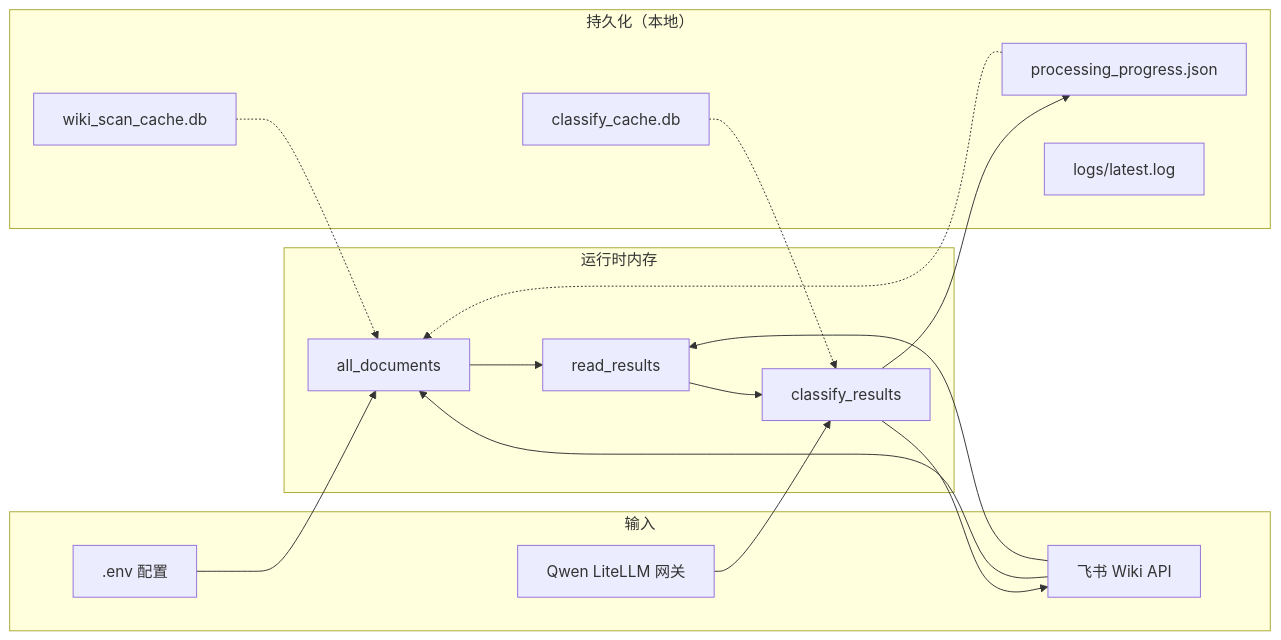
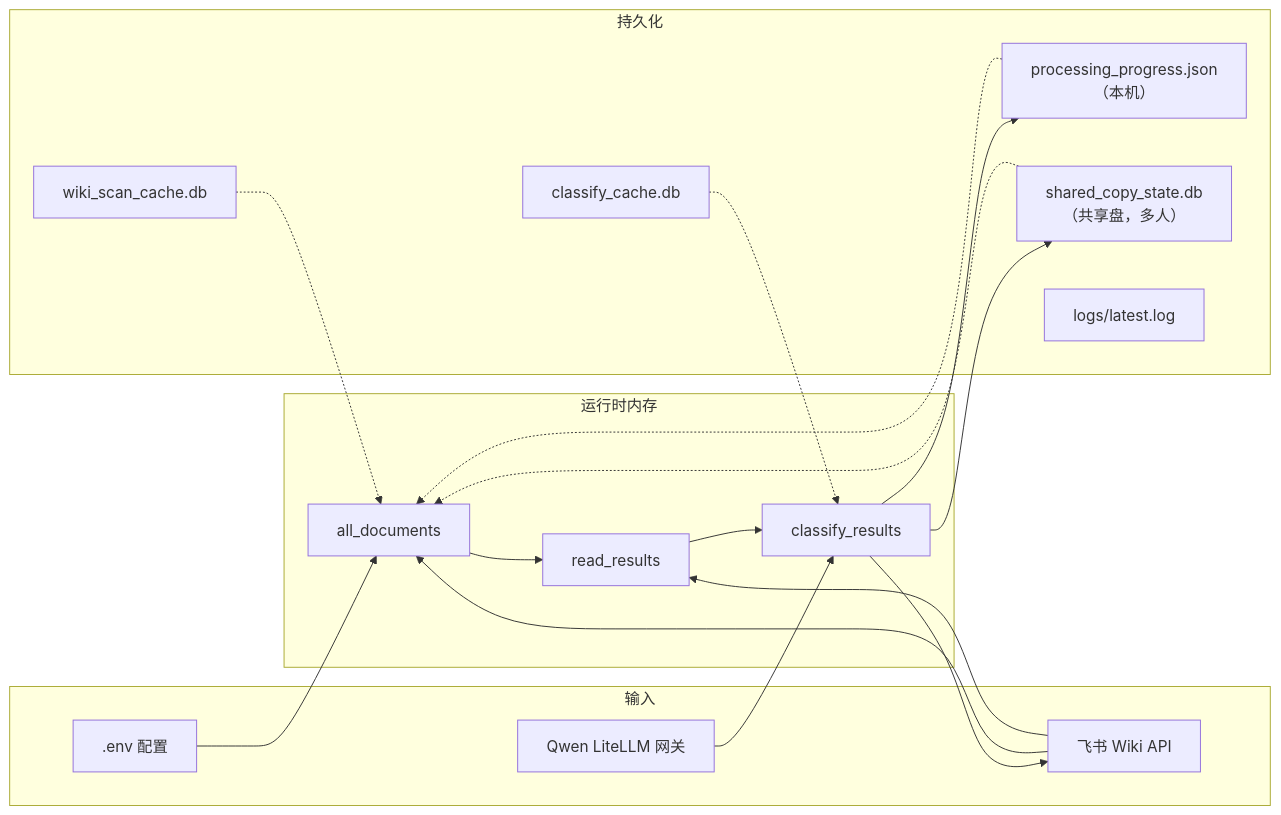
Before and after one commit to Leonard49/AI_DocClassifier: the seventh of 9 diagrams in docs/AI_DocClassifier说明文档.md, drawn with Mermaid. The commit also changed other lines of this file and 1 other file, not shown here.

````diff
--- a/docs/AI_DocClassifier说明文档.md
+++ b/docs/AI_DocClassifier说明文档.md
@@ -553,33 +682,36 @@
 ```mermaid
 flowchart LR
     subgraph INPUT["输入"]
         ENV[".env 配置"]
         WIKI["飞书 Wiki API"]
         LLM["Qwen LiteLLM 网关"]
     end
 
     subgraph MEMORY["运行时内存"]
         DOCS["all_documents"]
         READ["read_results"]
         TAGS["classify_results"]
     end
 
-    subgraph PERSIST["持久化（本地）"]
-        PP["processing_progress.json"]
+    subgraph PERSIST["持久化"]
+        PP["processing_progress.json<br/>（本机）"]
+        SS["shared_copy_state.db<br/>（共享盘，多人）"]
         CC["classify_cache.db"]
         WS["wiki_scan_cache.db"]
         LOG["logs/latest.log"]
     end
 
     ENV --> DOCS
     WIKI --> DOCS
     WS -.-> DOCS
+    SS -.-> DOCS
     DOCS --> READ
     WIKI --> READ
     PP -.-> DOCS
     READ --> TAGS
     CC -.-> TAGS
     LLM --> TAGS
     TAGS --> WIKI
     TAGS --> PP
+    TAGS --> SS
 ```
````
